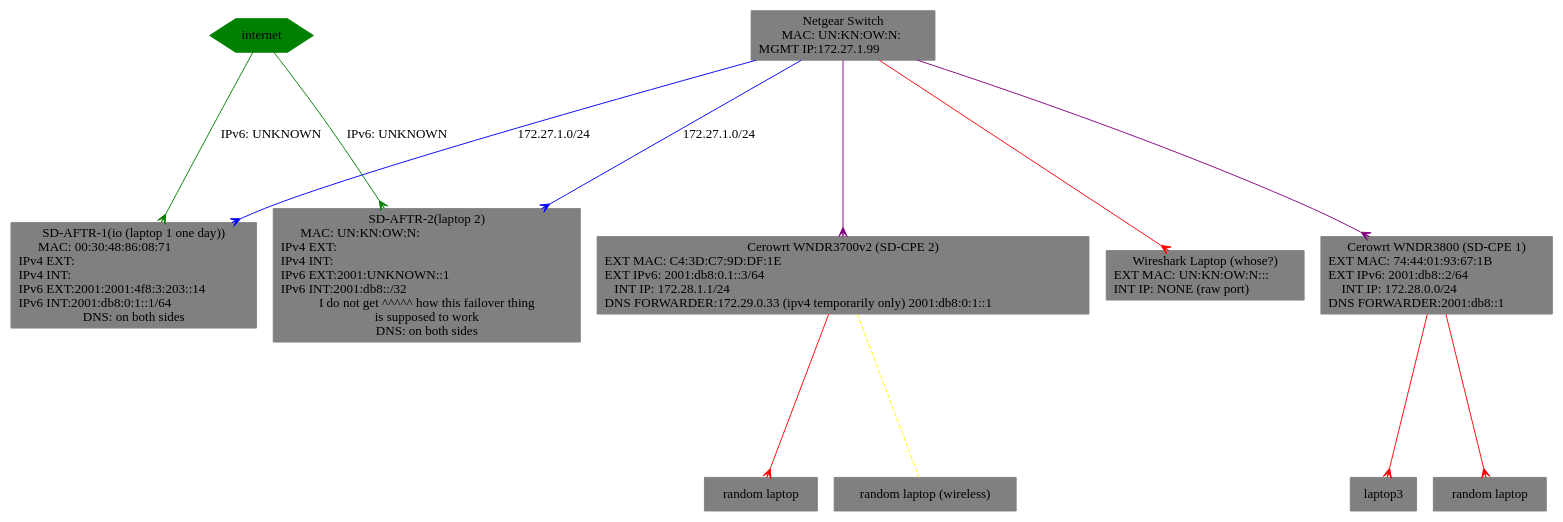
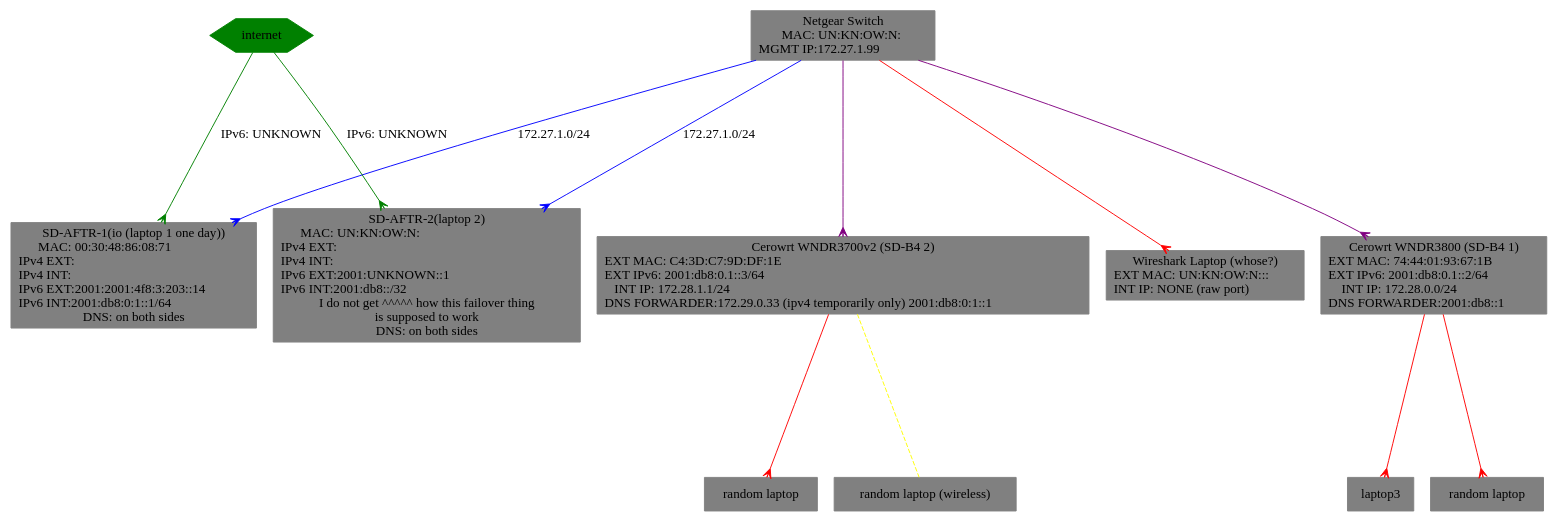
Before and after one commit to dtaht/sdcpe-demo-doc: the diagram in shownet.gv, drawn with Graphviz.

Commit message:
further mods from francis

```diff
--- a/shownet.gv
+++ b/shownet.gv
@@ -1,33 +1,33 @@
 digraph G {
  ranksep=2;
  ratio=auto;
  "SWITCH" [label="Netgear Switch\n        MAC: UN:KN:OW:N:\lMGMT IP:172.27.1.99\l"
 	   shape="box",style="filled",color="grey" ];
  "Internet" [label="internet",
 	     shape="hexagon",style="filled",color="green" ];
  "SD-AFTR-2" [label="SD-AFTR-2(laptop 2)\n       MAC: UN:KN:OW:N:\lIPv4 EXT:\lIPv4 INT:\lIPv6 EXT:2001:UNKNOWN::1\lIPv6 INT:2001:db8::/32\lI do not get ^^^^^ how this failover thing\nis supposed to work\nDNS: on both sides",
 	      shape="box",style="filled",color="grey" ];
  "SD-AFTR-1" [label="SD-AFTR-1(io (laptop 1 one day))\n       MAC: 00:30:48:86:08:71\lIPv4 EXT:\lIPv4 INT:\lIPv6 EXT:2001:2001:4f8:3:203::14\lIPv6 INT:2001:db8:0:1::1/64\lDNS: on both sides",
 	      shape="box",style="filled",color="grey" ];
- "SD-CPE1" [label="Cerowrt WNDR3800 (SD-CPE 1)\nEXT MAC: 74:44:01:93:67:1B\l EXT IPv6: 2001:db8::2/64\l     INT IP: 172.28.0.0/24\lDNS FORWARDER:2001:db8::1\l",
+ "SD-B4-1" [label="Cerowrt WNDR3800 (SD-B4 1)\nEXT MAC: 74:44:01:93:67:1B\l EXT IPv6: 2001:db8:0.1::2/64\l     INT IP: 172.28.0.0/24\lDNS FORWARDER:2001:db8::1\l",
 	    shape="box",style="filled",color="grey" ];
- "SD-CPE2" [label="Cerowrt WNDR3700v2 (SD-CPE 2)\nEXT MAC: C4:3D:C7:9D:DF:1E\lEXT IPv6: 2001:db8:0.1::3/64\l    INT IP: 172.28.1.1/24\lDNS FORWARDER:172.29.0.33 (ipv4 temporarily only) 2001:db8:0:1::1\l",
+ "SD-B4-2" [label="Cerowrt WNDR3700v2 (SD-B4 2)\nEXT MAC: C4:3D:C7:9D:DF:1E\lEXT IPv6: 2001:db8:0.1::3/64\l    INT IP: 172.28.1.1/24\lDNS FORWARDER:172.29.0.33 (ipv4 temporarily only) 2001:db8:0:1::1\l",
 	    shape="box",style="filled",color="grey" ];
  "wireshark" [label="Wireshark Laptop (whose?)\nEXT MAC: UN:KN:OW:N:::\l INT IP: NONE (raw port)\l",
 	    shape="box",style="filled",color="grey" ];
  "SWITCH" -> "SD-AFTR-2" [ label="172.27.1.0/24",color="blue",arrowhead="crow" ];
  "SWITCH" -> "SD-AFTR-1" [ label="172.27.1.0/24",color="blue",arrowhead="crow" ];
- "SWITCH" -> "SD-CPE1" [ color="purple",arrowhead="crow" ];
- "SWITCH" -> "SD-CPE2" [ color="purple",arrowhead="crow" ];
+ "SWITCH" -> "SD-B4-1" [ color="purple",arrowhead="crow" ];
+ "SWITCH" -> "SD-B4-2" [ color="purple",arrowhead="crow" ];
  "SWITCH" -> "wireshark" [ color="red",arrowhead="crow" ];
  "client1" [ label="laptop3",shape="box",style="filled",color="grey" ];
  "client2" [ label="random laptop",shape="box",style="filled",color="grey" ];
  "client3" [ label="random laptop",shape="box",style="filled",color="grey" ];
  "client4" [ label="random laptop (wireless)",shape="box",style="filled",color="grey" ];
  "Internet" -> "SD-AFTR-1" [ label="IPv6: UNKNOWN",color="green",arrowhead="crow" ];
  "Internet" -> "SD-AFTR-2" [ label="IPv6: UNKNOWN",color="green",arrowhead="crow" ];
- "SD-CPE1" -> "client1" [ color="red",arrowhead="crow" ];
- "SD-CPE1" -> "client2" [ color="red",arrowhead="crow" ];
- "SD-CPE2" -> "client3" [ color="red",arrowhead="crow" ];
- "SD-CPE2" -> "client4" [ color="yellow",style="dashed",arrowhead="none" ];
+ "SD-B4-1" -> "client1" [ color="red",arrowhead="crow" ];
+ "SD-B4-1" -> "client2" [ color="red",arrowhead="crow" ];
+ "SD-B4-2" -> "client3" [ color="red",arrowhead="crow" ];
+ "SD-B4-2" -> "client4" [ color="yellow",style="dashed",arrowhead="none" ];
 }
```
